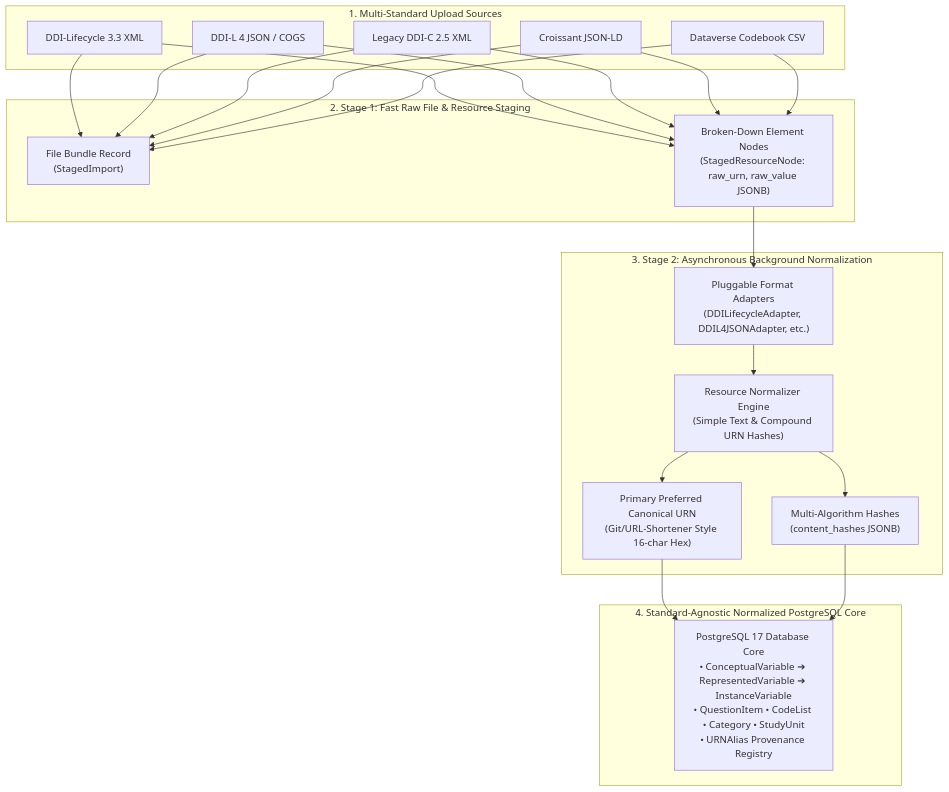
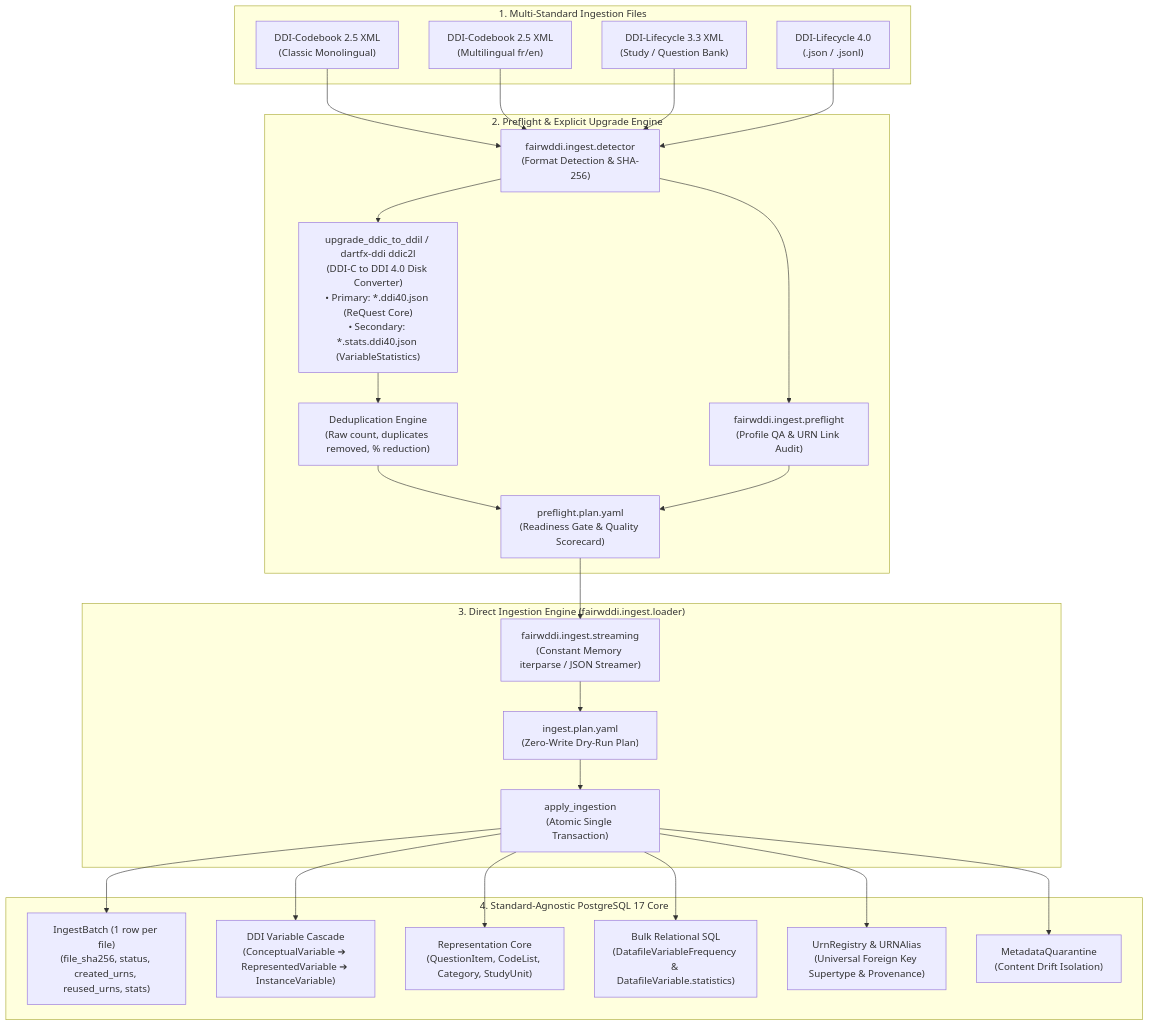
The diagram in deliverables/research/summary.md (PlgaH/fairwddi-wp3-3), drawn with Mermaid before and after one commit. The commit also changed other lines of this file and 4 other files, not shown here.

Commit message:
docs: update research deliverables with DDI-C upgrade, statistics decoupling, and quality profiling details

````diff
--- a/deliverables/research/summary.md
+++ b/deliverables/research/summary.md
@@ -27,31 +27,37 @@
 ```mermaid
 flowchart TD
-    subgraph MultiStandardIn ["1. Multi-Standard Upload Sources"]
-        DDI33["DDI-Lifecycle 3.3 XML"]
-        DDI4["DDI-L 4 JSON / COGS"]
-        DDI25["Legacy DDI-C 2.5 XML"]
-        Croissant["Croissant JSON-LD"]
-        CSV_In["Dataverse Codebook CSV"]
+    subgraph MultiStandardIn ["1. Multi-Standard Ingestion Files"]
+        DDIC["DDI-Codebook 2.5 XML\n(Classic Monolingual)"]
+        DDIC_ML["DDI-Codebook 2.5 XML\n(Multilingual fr/en)"]
+        DDIL33["DDI-Lifecycle 3.3 XML\n(Study / Question Bank)"]
+        DDIL4["DDI-Lifecycle 4.0\n(.json / .jsonl)"]
     end
 
-    subgraph Stage1 ["2. Stage 1: Fast Raw File & Resource Staging"]
-        Bundle["File Bundle Record\n(StagedImport)"]
-        Nodes["Broken-Down Element Nodes\n(StagedResourceNode: raw_urn, raw_value JSONB)"]
+    subgraph PreflightPhase ["2. Preflight & Explicit Upgrade Engine"]
+        Detector["fairwddi.ingest.detector\n(Format Detection & SHA-256)"]
+        QA["fairwddi.ingest.preflight\n(Profile QA & URN Link Audit)"]
+        Upgrade["upgrade_ddic_to_ddil / dartfx-ddi ddic2l\n(DDI-C to DDI 4.0 Disk Converter)\n• Primary: *.ddi40.json (ReQuest Core)\n• Secondary: *.stats.ddi40.json (VariableStatistics)"]
+        DedupeMetrics["Deduplication Engine\n(Raw count, duplicates removed, % reduction)"]
+        PlanPre["preflight.plan.yaml\n(Readiness Gate & Quality Scorecard)"]
     end
 
-    subgraph Stage2 ["3. Stage 2: Asynchronous Background Normalization"]
-        Adapters["Pluggable Format Adapters\n(DDILifecycleAdapter, DDIL4JSONAdapter, etc.)"]
-        Normalizer["Resource Normalizer Engine\n(Simple Text & Compound URN Hashes)"]
-        
-        Normalizer --> PreferredURN["Primary Preferred Canonical URN\n(Git/URL-Shortener Style 16-char Hex)"]
-        Normalizer --> MultiHash["Multi-Algorithm Hashes\n(content_hashes JSONB)"]
+    subgraph IngestPhase ["3. Direct Ingestion Engine (fairwddi.ingest.loader)"]
+        Streaming["fairwddi.ingest.streaming\n(Constant Memory iterparse / JSON Streamer)"]
+        PlanIng["ingest.plan.yaml\n(Zero-Write Dry-Run Plan)"]
+        Apply["apply_ingestion\n(Atomic Single Transaction)"]
     end
 
-    subgraph CoreStore ["4. Standard-Agnostic Normalized PostgreSQL Core"]
-        Entities["PostgreSQL 17 Database Core\n• ConceptualVariable ➔ RepresentedVariable ➔ InstanceVariable\n• QuestionItem • CodeList • Category • StudyUnit\n• URNAlias Provenance Registry"]
+    subgraph CoreStore ["4. Standard-Agnostic PostgreSQL 17 Core"]
+        Receipt["IngestBatch (1 row per file)\n(file_sha256, status, created_urns, reused_urns, stats)"]
+        Cascade["DDI Variable Cascade\n(ConceptualVariable ➔ RepresentedVariable ➔ InstanceVariable)"]
+        Representation["Representation Core\n(QuestionItem, CodeList, Category, StudyUnit)"]
+        Frequencies["Bulk Relational SQL\n(DatafileVariableFrequency & DatafileVariable.statistics)"]
+        Registry["UrnRegistry & URNAlias\n(Universal Foreign Key Supertype & Provenance)"]
+        Quarantine["MetadataQuarantine\n(Content Drift Isolation)"]
     end
 
-    DDI33 & DDI4 & DDI25 & Croissant & CSV_In --> Bundle & Nodes
-    Nodes --> Adapters --> Normalizer
-    PreferredURN & MultiHash --> Entities
+    DDIC & DDIC_ML --> Detector --> Upgrade --> DedupeMetrics --> PlanPre
+    DDIL33 & DDIL4 --> Detector --> QA --> PlanPre
+    PlanPre --> Streaming --> PlanIng --> Apply
+    Apply --> Receipt & Cascade & Representation & Frequencies & Registry & Quarantine
 ```
````
